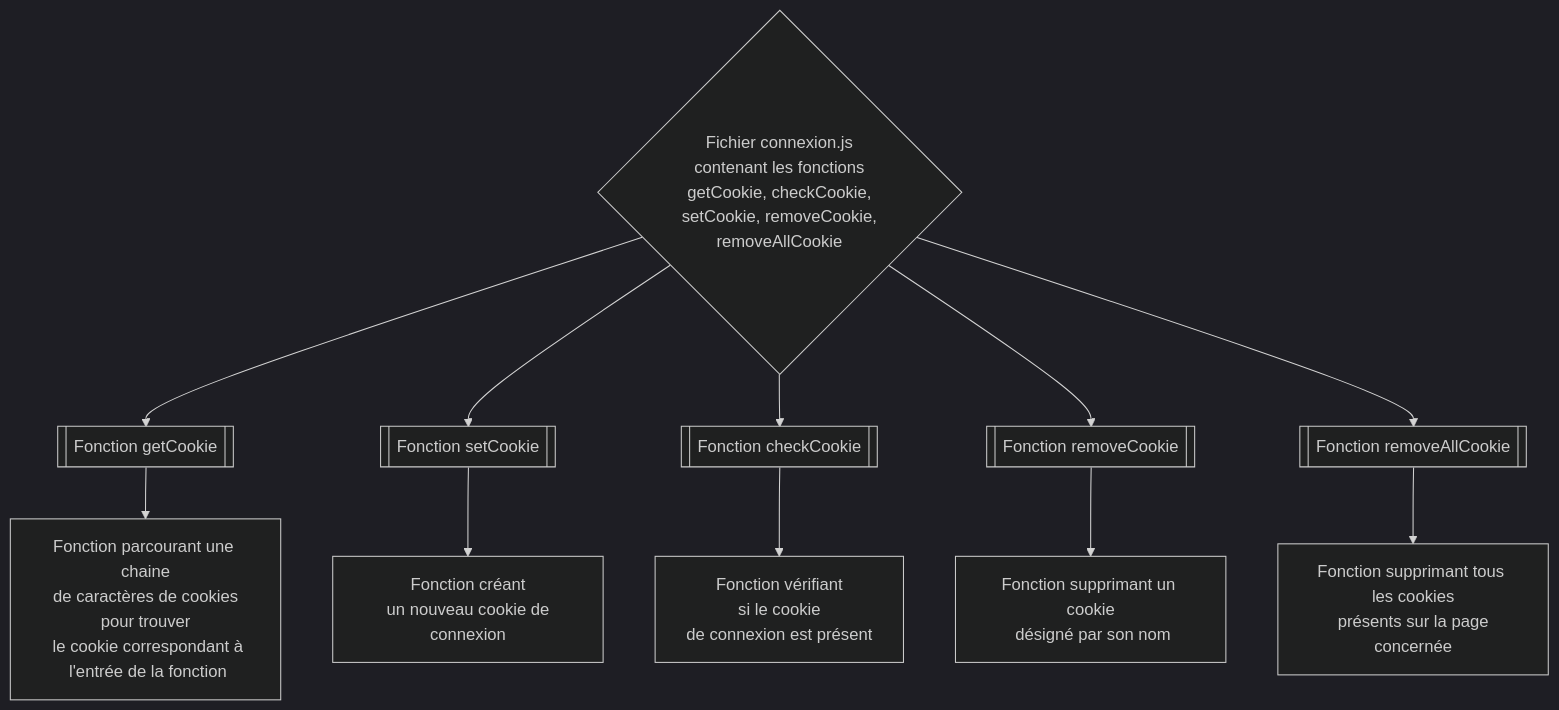
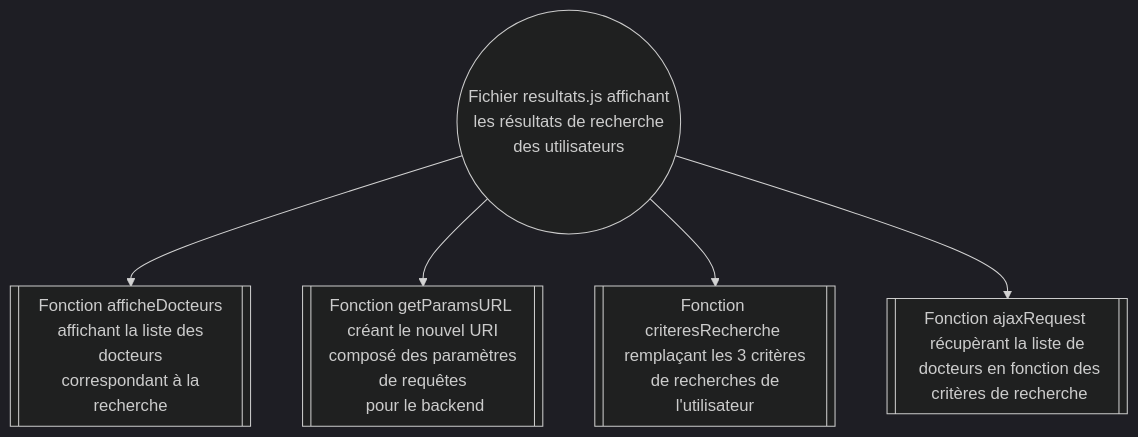
Before and after one commit to Alexis-LF/projet-site-securise: the tenth of 10 diagrams in FRONT_END/README.md, drawn with Mermaid (dark theme). The commit also changed other lines of this file, not shown here.

````diff
--- a/FRONT_END/README.md
+++ b/FRONT_END/README.md
@@ -205,28 +285,18 @@
 ```mermaid
 
 flowchart TD;
 
     %% racine
 
-    idajax{Fichier connexion.js\n contenant les fonctions getCookie, checkCookie,\n setCookie, removeCookie, removeAllCookie}
+    idajax((Fichier resultats.js affichant\n les résultats de recherche des utilisateurs))
 
-    idajax-->idget[[Fonction getCookie]]
-    idajax-->idset[[Fonction setCookie]]
-    idajax-->idcheck[[Fonction checkCookie]]
-    idajax-->idrm[[Fonction removeCookie]]
-    idajax-->idrmall[[Fonction removeAllCookie]]
+    idajax-->iddocteurs[[Fonction afficheDocteurs\n affichant la liste des docteurs\n correspondant à la recherche]]
 
-    idget-->idget2[Fonction parcourant une chaine\n de caractères de cookies pour trouver\n le cookie correspondant à\n l'entrée de la fonction ]
+    idajax-->idurl[[Fonction getParamsURL créant le nouvel URI\n composé des paramètres de requêtes\n pour le backend]]
 
-    idset-->idset2[Fonction créant\n un nouveau cookie de connexion]
+    idajax-->idcriteres[[Fonction criteresRecherche remplaçant les 3 critères\n de recherches de l'utilisateur]]
 
-    idcheck-->idcheck2[Fonction vérifiant\n si le cookie\n de connexion est présent]
+    idajax-->idrequest[[Fonction ajaxRequest récupèrant la liste de\n docteurs en fonction des\n critères de recherche]]
 
-    idrm-->idrm2[Fonction supprimant un cookie\n désigné par son nom]
 
-    idrmall-->idrmall2[Fonction supprimant tous les cookies\n présents sur la page concernée]
-
-    
-
-   
 ```
````
